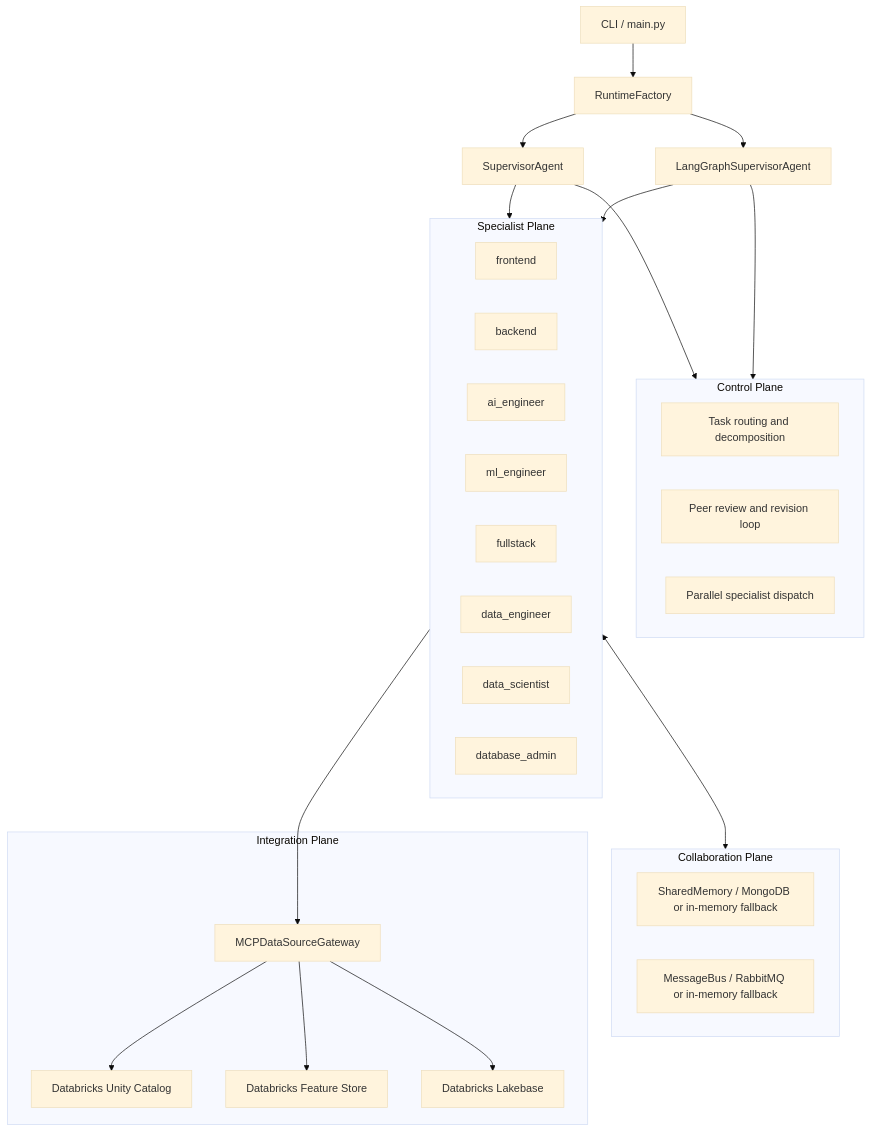
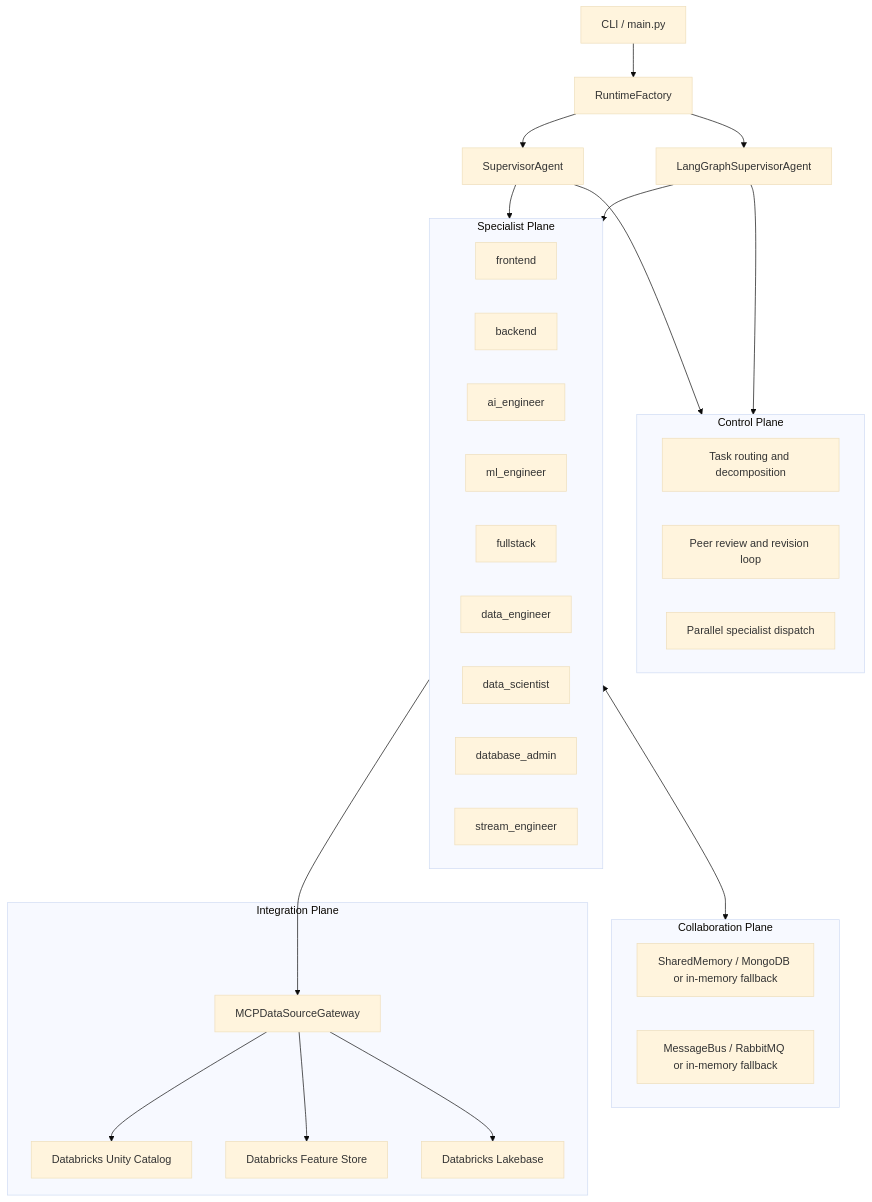
One commit to wchen-dea/Agentic-AI-Platform-on-Databricks changed the first of 3 diagrams in docs/architecture.md. Above: the diagram before and after it, drawn with Mermaid (base theme). The commit also changed other lines of this file and 8 other files, not shown here.

````diff
--- a/docs/architecture.md
+++ b/docs/architecture.md
@@ -14,49 +14,50 @@
 ```mermaid
 flowchart TB
   cli[CLI / main.py]
   rt[RuntimeFactory]
   sup[SupervisorAgent]
   lgs[LangGraphSupervisorAgent]
 
   subgraph control[Control Plane]
     routing[Task routing and decomposition]
     review[Peer review and revision loop]
     parallel[Parallel specialist dispatch]
   end
 
   subgraph specialists[Specialist Plane]
     fe[frontend]
     be[backend]
     ai[ai_engineer]
     ml[ml_engineer]
     fs[fullstack]
     de[data_engineer]
     ds[data_scientist]
     dba[database_admin]
+    se[stream_engineer]
   end
 
   subgraph collaboration[Collaboration Plane]
     mem[SharedMemory / MongoDB or in-memory fallback]
     bus[MessageBus / RabbitMQ or in-memory fallback]
   end
 
   subgraph integration[Integration Plane]
     mcp[MCPDataSourceGateway]
     dsu[Databricks Unity Catalog]
     dsf[Databricks Feature Store]
     dsl[Databricks Lakebase]
   end
 
   cli --> rt
   rt --> sup
   rt --> lgs
   sup --> control
   lgs --> control
   sup --> specialists
   lgs --> specialists
   specialists <--> collaboration
   specialists --> mcp
   mcp --> dsu
   mcp --> dsf
   mcp --> dsl
 ```
````
